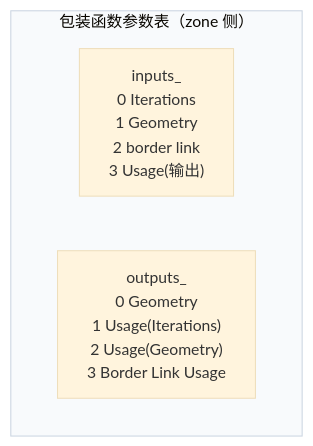
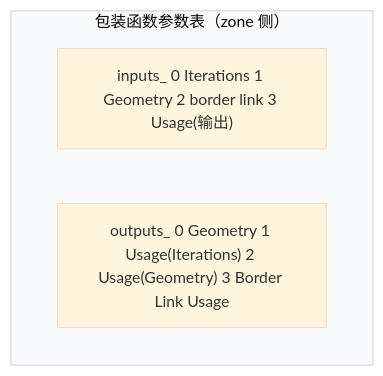
The fifth of 5 diagrams in 杂/markdown/重复区域-dsh/03-几何节点执行架构/03-执行图按迭代展开.md (yunkezengren/blender-.vscode), drawn with Mermaid before and after one commit. The commit also changed other lines of this file and 27 other files, not shown here.

````diff
--- a/杂/markdown/重复区域-dsh/03-几何节点执行架构/03-执行图按迭代展开.md
+++ b/杂/markdown/重复区域-dsh/03-几何节点执行架构/03-执行图按迭代展开.md
@@ -1180,9 +1141,9 @@
 ```mermaid
 %%{init: {"theme":"base","themeVariables":{"fontFamily":"\"Segoe UI\",\"Microsoft YaHei\",sans-serif","fontSize":"15px","lineColor":"#94A3B8","edgeLabelBackground":"#FFFFFF","clusterBkg":"#F8FAFC","clusterBorder":"#CBD5E1"},"flowchart":{"htmlLabels":false,"curve":"basis","nodeSpacing":52,"rankSpacing":64,"padding":14,"diagramPadding":16,"useMaxWidth":true},"sequence":{"useMaxWidth":true,"wrap":true,"mirrorActors":false,"messageMargin":36}}}%%
 flowchart TB
     subgraph WRAP["包装函数参数表（zone 侧）"]
         direction LR
-        W1["inputs_<br/>0 Iterations<br/>1 Geometry<br/>2 border link<br/>3 Usage(输出)"]:::abstraction
-        W2["outputs_<br/>0 Geometry<br/>1 Usage(Iterations)<br/>2 Usage(Geometry)<br/>3 Border Link Usage"]:::abstraction
+        W1["inputs_ 0 Iterations 1 Geometry 2 border link 3 Usage(输出)"]:::abstraction
+        W2["outputs_ 0 Geometry 1 Usage(Iterations) 2 Usage(Geometry) 3 Border Link Usage"]:::abstraction
     end
 ```
````
